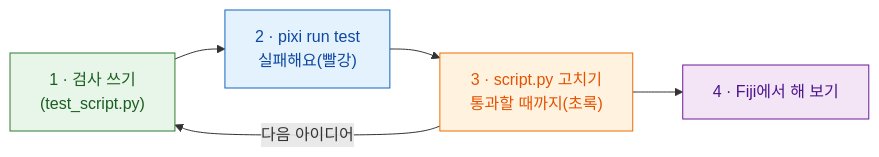
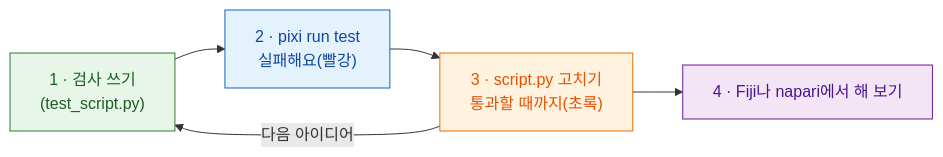
The diagram in guide/write/test-without-fiji.ko.md (Oxford-Zeiss-Centre-of-Excellence/Wavu), drawn with Mermaid before and after one commit. The commit also changed other lines of this file and 70 other files, not shown here.

````diff
--- a/guide/write/test-without-fiji.ko.md
+++ b/guide/write/test-without-fiji.ko.md
@@ -18,14 +19,14 @@
 ```mermaid
 flowchart LR
     T["1 · 검사 쓰기<br/>(test_script.py)"]:::worker
     R["2 · pixi run test<br/>실패해요(빨강)"]:::fiji
     S["3 · script.py 고치기<br/>통과할 때까지(초록)"]:::script
-    F["4 · Fiji에서 해 보기"]:::env
+    F["4 · Fiji나 napari에서 해 보기"]:::env
     T --> R --> S --> F
     S -- "다음 아이디어" --> T
 
     classDef fiji   fill:#e3f2fd,stroke:#1565c0,color:#0d47a1
     classDef worker fill:#e8f5e9,stroke:#2e7d32,color:#1b5e20
     classDef script fill:#fff3e0,stroke:#ef6c00,color:#e65100
     classDef env    fill:#f3e5f5,stroke:#6a1b9a,color:#4a148c
 ```
````
